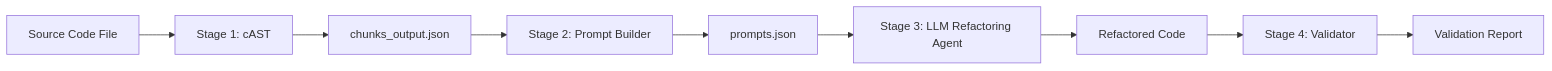
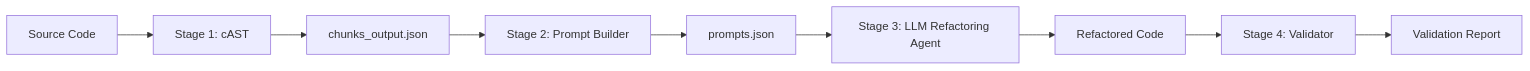
The diagram in README.md (Developer-Sahil/ai-refactoring-pipeline), drawn with Mermaid before and after one commit. The commit also changed other lines of this file and 6 other files, not shown here.

Commit message:
update: README.md, ARCHITECTURE.md

````diff
--- a/README.md
+++ b/README.md
@@ -9,11 +11,11 @@
 ```mermaid
 graph LR
-    Source[Source Code File] --> Stage1[Stage 1: cAST]
+    Source[Source Code] --> Stage1[Stage 1: cAST]
     Stage1 --> Chunks[chunks_output.json]
     Chunks --> Stage2[Stage 2: Prompt Builder]
     Stage2 --> Prompts[prompts.json]
     Prompts --> Stage3[Stage 3: LLM Refactoring Agent]
     Stage3 --> Output[Refactored Code]
     Output --> Stage4[Stage 4: Validator]
     Stage4 --> Report[Validation Report]
 ```
````
